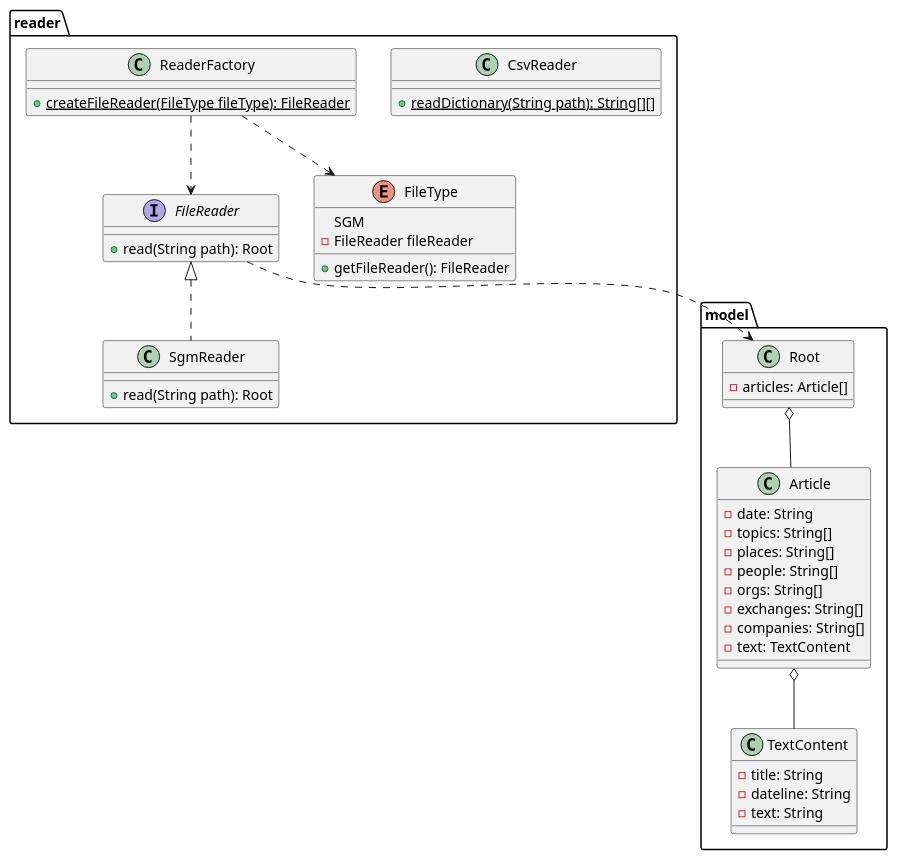
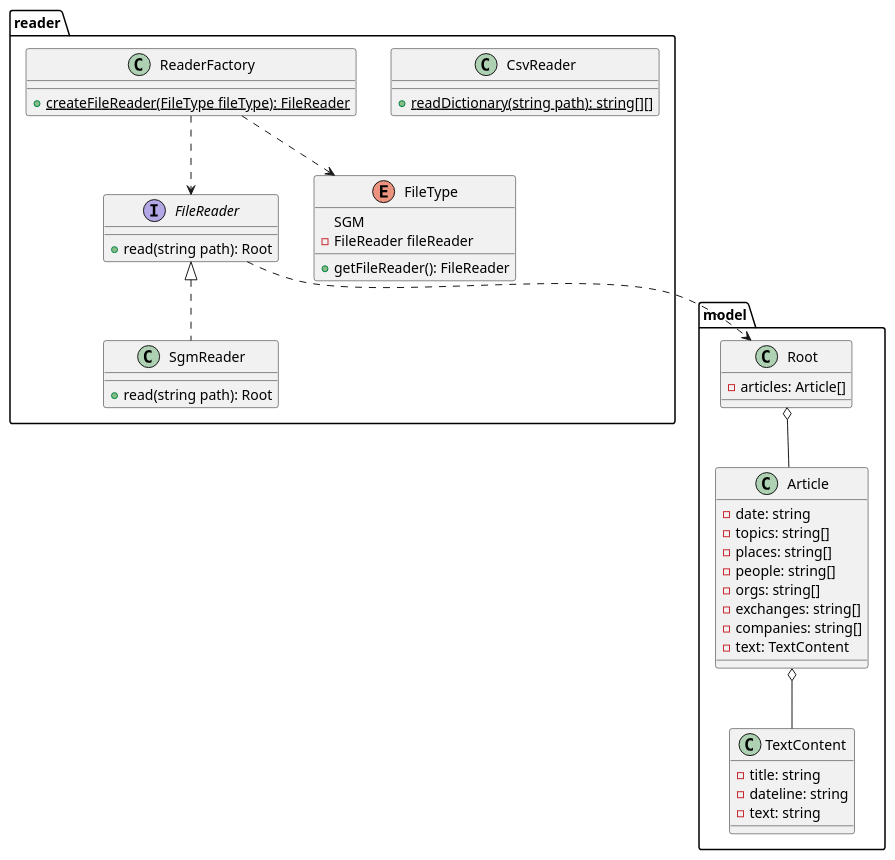
The third of 10 diagrams in README.md (kambed/Computer-Recognition-Systems), drawn with PlantUML before and after one commit. The commit also changed other lines of this file, not shown here.

````diff
--- a/README.md
+++ b/README.md
@@ -89,46 +89,46 @@
 ```plantuml
 package reader {
     interface FileReader {
-        + read(String path): Root
+        + read(string path): Root
     }
     class SgmReader implements FileReader {
-        + read(String path): Root
+        + read(string path): Root
     }
     class CsvReader {
-        + {static} readDictionary(String path): String[][]
+        + {static} readDictionary(string path): string[][]
     }
     class ReaderFactory {
         + {static} createFileReader(FileType fileType): FileReader
     }
     ReaderFactory ..> FileReader
     ReaderFactory ..> FileType
     enum FileType {
         SGM
         - FileReader fileReader
         + getFileReader(): FileReader
     }
 }
 package model {
     class Root {
         - articles: Article[]
     }
     class Article {
-        - date: String
-        - topics: String[]
-        - places: String[]
-        - people: String[]
-        - orgs: String[]
-        - exchanges: String[]
-        - companies: String[]
+        - date: string
+        - topics: string[]
+        - places: string[]
+        - people: string[]
+        - orgs: string[]
+        - exchanges: string[]
+        - companies: string[]
         - text: TextContent
     }
     class TextContent {
-        - title: String
-        - dateline: String
-        - text: String
+        - title: string
+        - dateline: string
+        - text: string
     }
     Root o-- Article
     Article o-- TextContent
 }
 FileReader ..> Root
 ```
````
